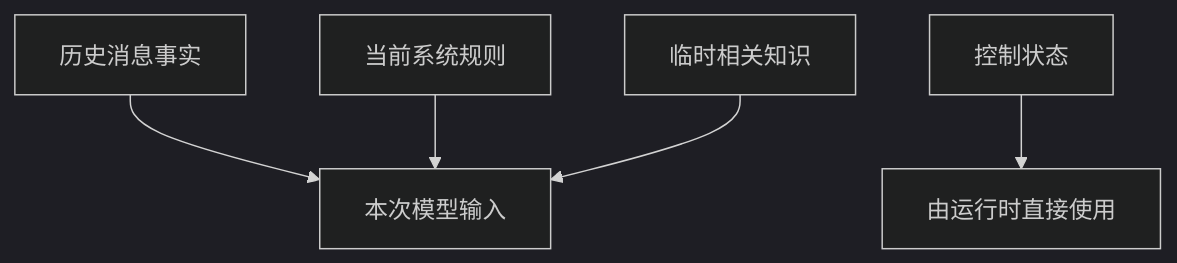
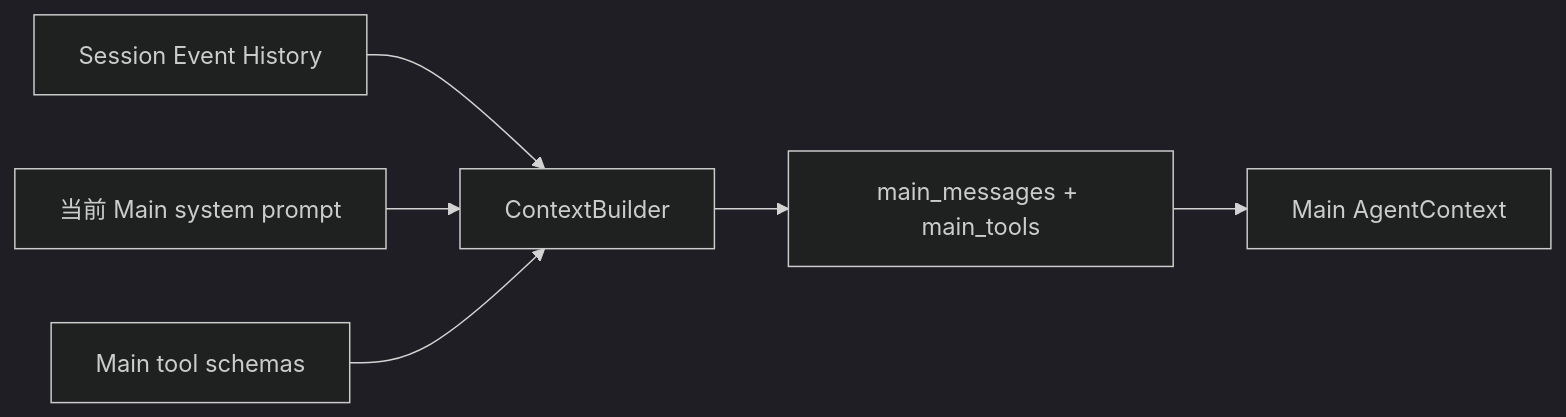
Before and after one commit to Arthur999459up/GitAgent: the second of 6 diagrams in docs/04-model-and-context-protocol.md, drawn with Mermaid (dark theme). The commit also changed other lines of this file and 3 other files, not shown here.

````diff
--- a/docs/04-model-and-context-protocol.md
+++ b/docs/04-model-and-context-protocol.md
@@ -54,7 +154,8 @@
 ```mermaid
-flowchart TD
-    H[历史消息事实] --> M[本次模型输入]
-    S[当前系统规则] --> M
-    E[临时相关知识] --> M
-    C[控制状态] --> P[由运行时直接使用]
+flowchart LR
+    E[Session Event History] --> B[ContextBuilder]
+    S[当前 Main system prompt] --> B
+    T[Main tool schemas] --> B
+    B --> M[main_messages + main_tools]
+    M --> C[Main AgentContext]
 ```
````
